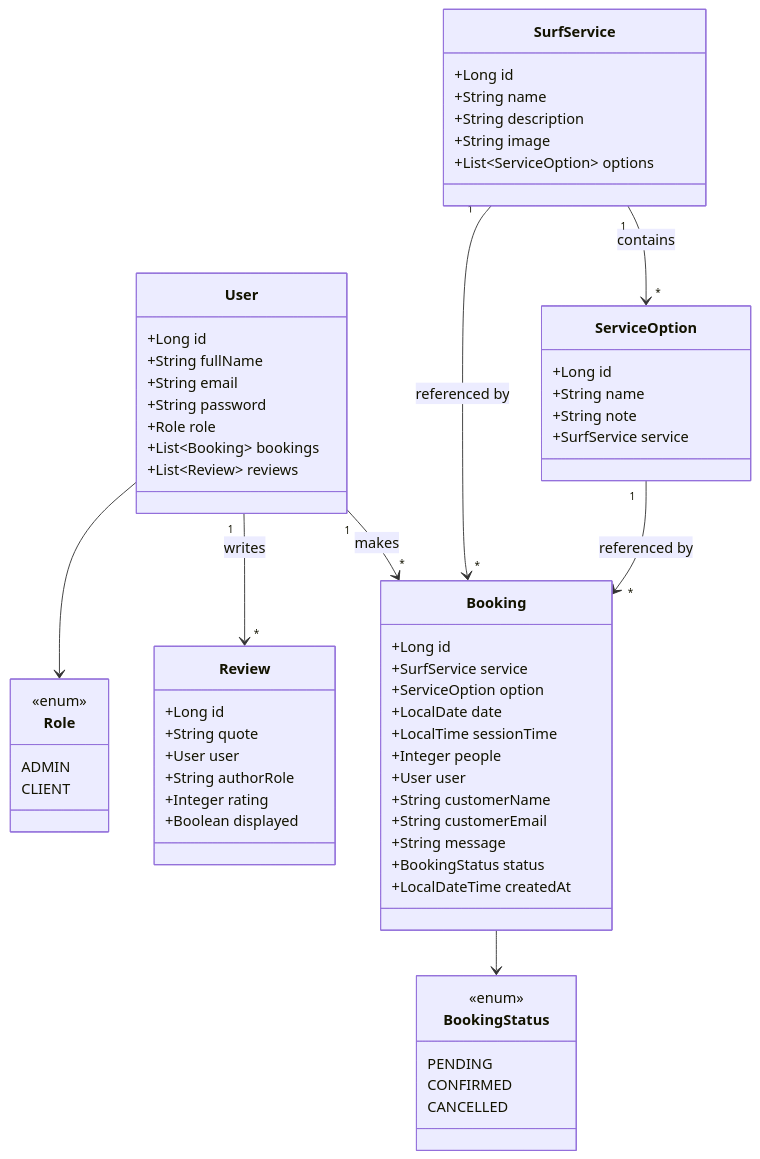
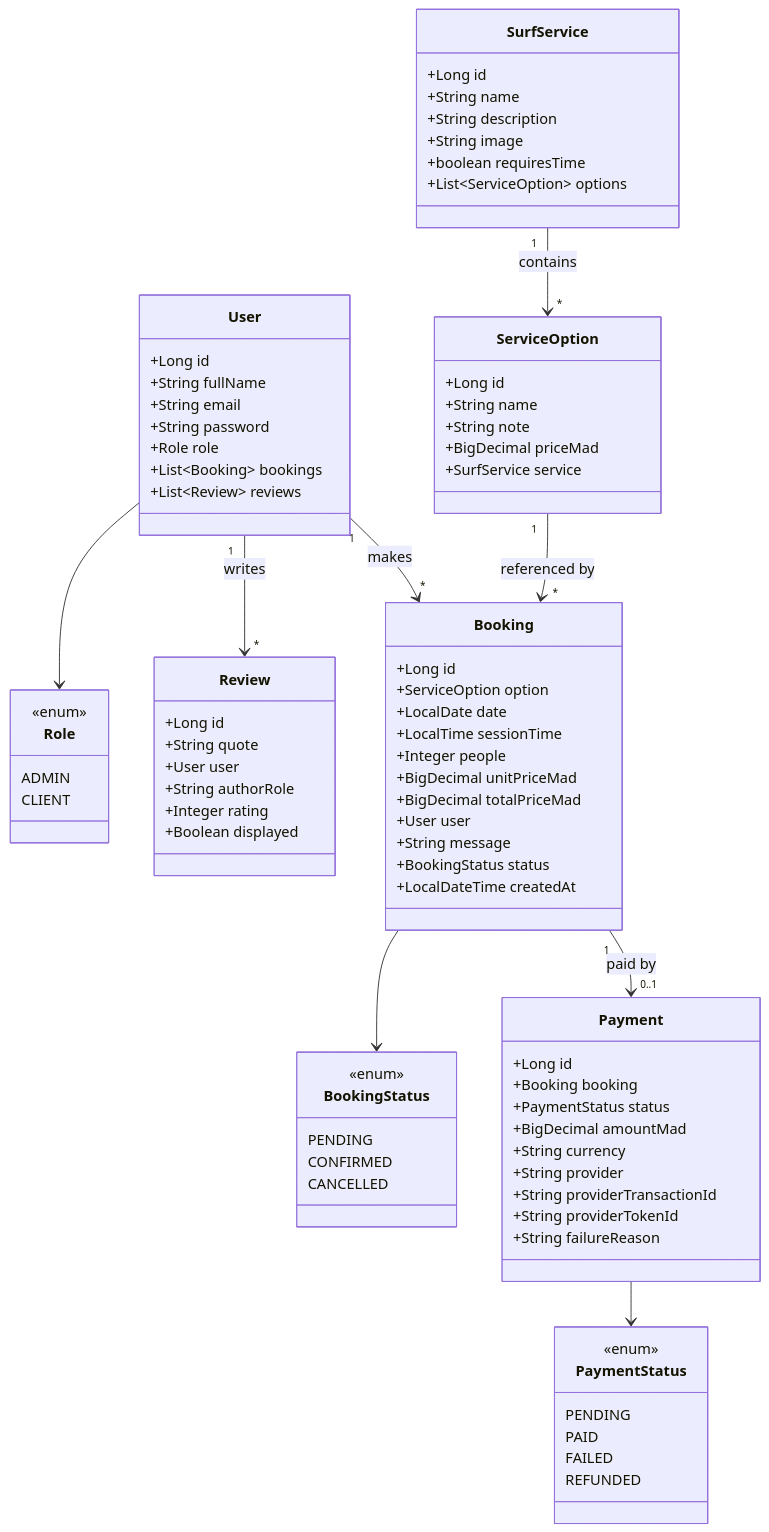
Before and after one commit to amineelgardoum-rgb/ZIGGIZ: the second of 8 diagrams in README.md, drawn with Mermaid. The commit also changed other lines of this file and 75 other files, not shown here.

````diff
--- a/README.md
+++ b/README.md
@@ -90,14 +100,13 @@
 
     class Booking {
         +Long id
-        +SurfService service
         +ServiceOption option
         +LocalDate date
         +LocalTime sessionTime
         +Integer people
+        +BigDecimal unitPriceMad
+        +BigDecimal totalPriceMad
         +User user
-        +String customerName
-        +String customerEmail
         +String message
         +BookingStatus status
         +LocalDateTime createdAt
@@ -115,6 +124,7 @@
         +String name
         +String description
         +String image
+        +boolean requiresTime
         +List~ServiceOption~ options
     }
 
@@ -122,7 +132,28 @@
         +Long id
         +String name
         +String note
+        +BigDecimal priceMad
         +SurfService service
+    }
+
+    class Payment {
+        +Long id
+        +Booking booking
+        +PaymentStatus status
+        +BigDecimal amountMad
+        +String currency
+        +String provider
+        +String providerTransactionId
+        +String providerTokenId
+        +String failureReason
+    }
+
+    class PaymentStatus {
+        <<enum>>
+        PENDING
+        PAID
+        FAILED
+        REFUNDED
     }
 
     class Review {
@@ -137,8 +168,9 @@
     User "1" --> "*" Booking : makes
     User "1" --> "*" Review : writes
     SurfService "1" --> "*" ServiceOption : contains
-    SurfService "1" --> "*" Booking : referenced by
     ServiceOption "1" --> "*" Booking : referenced by
+    Booking "1" --> "0..1" Payment : paid by
     User --> Role
     Booking --> BookingStatus
+    Payment --> PaymentStatus
 ```
````
